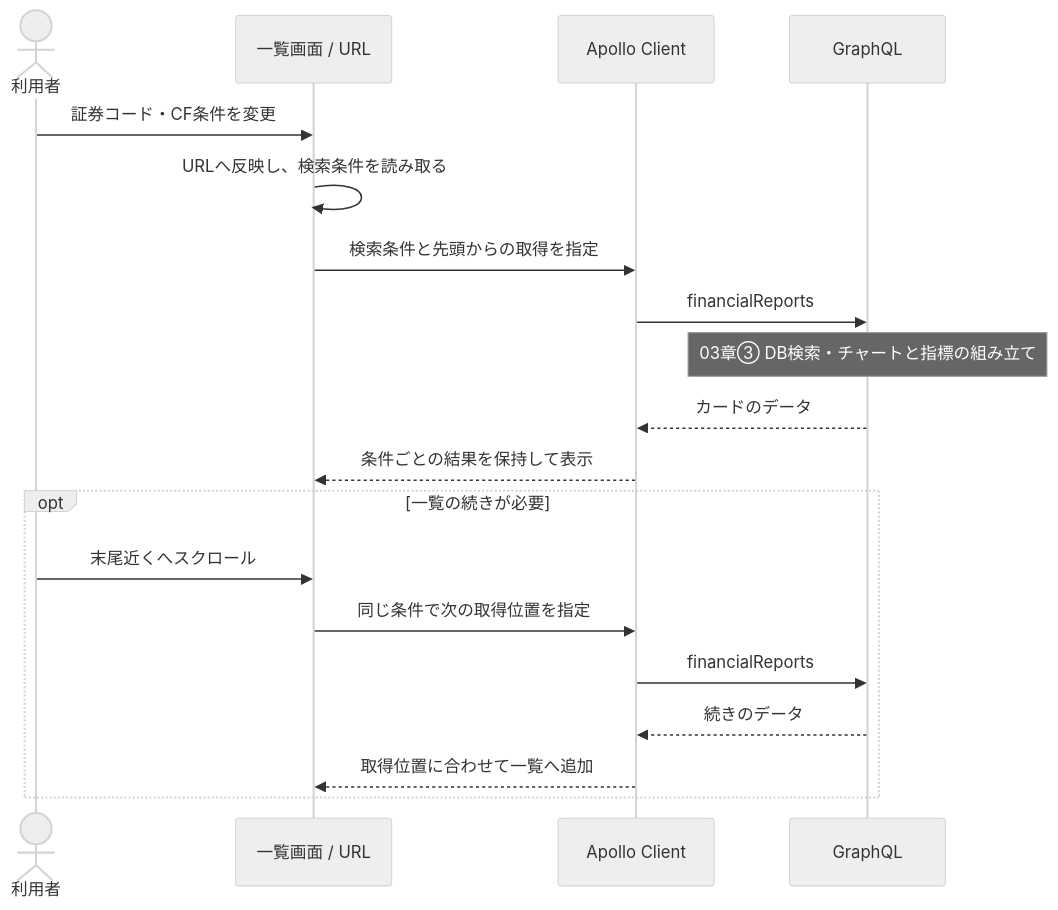
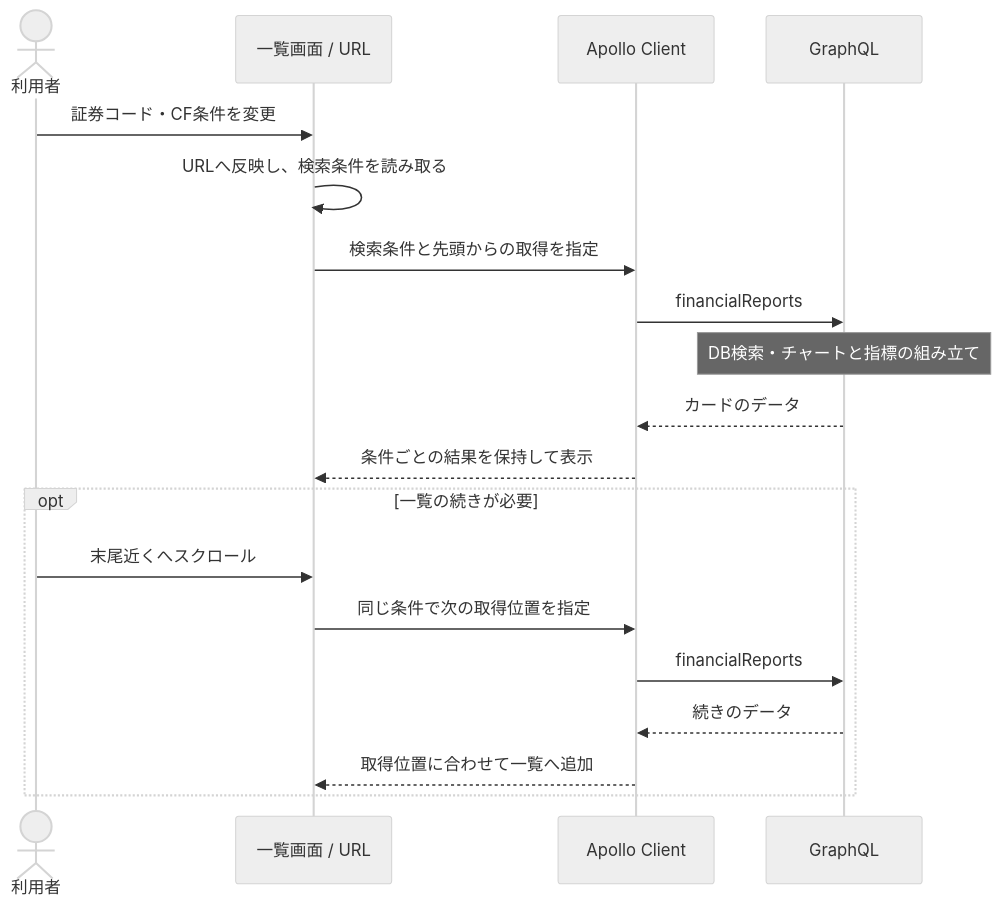
The third of 3 diagrams in docs/guide/04_system.md (shin4488/financial-statement), drawn with Mermaid (neutral theme) before and after one commit. The commit also changed other lines of this file and 6 other files, not shown here.

````diff
--- a/docs/guide/04_system.md
+++ b/docs/guide/04_system.md
@@ -170,21 +110,21 @@
 ```mermaid
 sequenceDiagram
     actor U as 利用者
     participant P as 一覧画面 / URL
     participant C as Apollo Client
     participant A as GraphQL
     U->>P: 証券コード・CF条件を変更
     P->>P: URLへ反映し、検索条件を読み取る
     P->>C: 検索条件と先頭からの取得を指定
     C->>A: financialReports
-    Note over A: 03章③ DB検索・チャートと指標の組み立て
+    Note over A: DB検索・チャートと指標の組み立て
     A-->>C: カードのデータ
     C-->>P: 条件ごとの結果を保持して表示
     opt 一覧の続きが必要
         U->>P: 末尾近くへスクロール
         P->>C: 同じ条件で次の取得位置を指定
         C->>A: financialReports
         A-->>C: 続きのデータ
         C-->>P: 取得位置に合わせて一覧へ追加
     end
 ```
````
